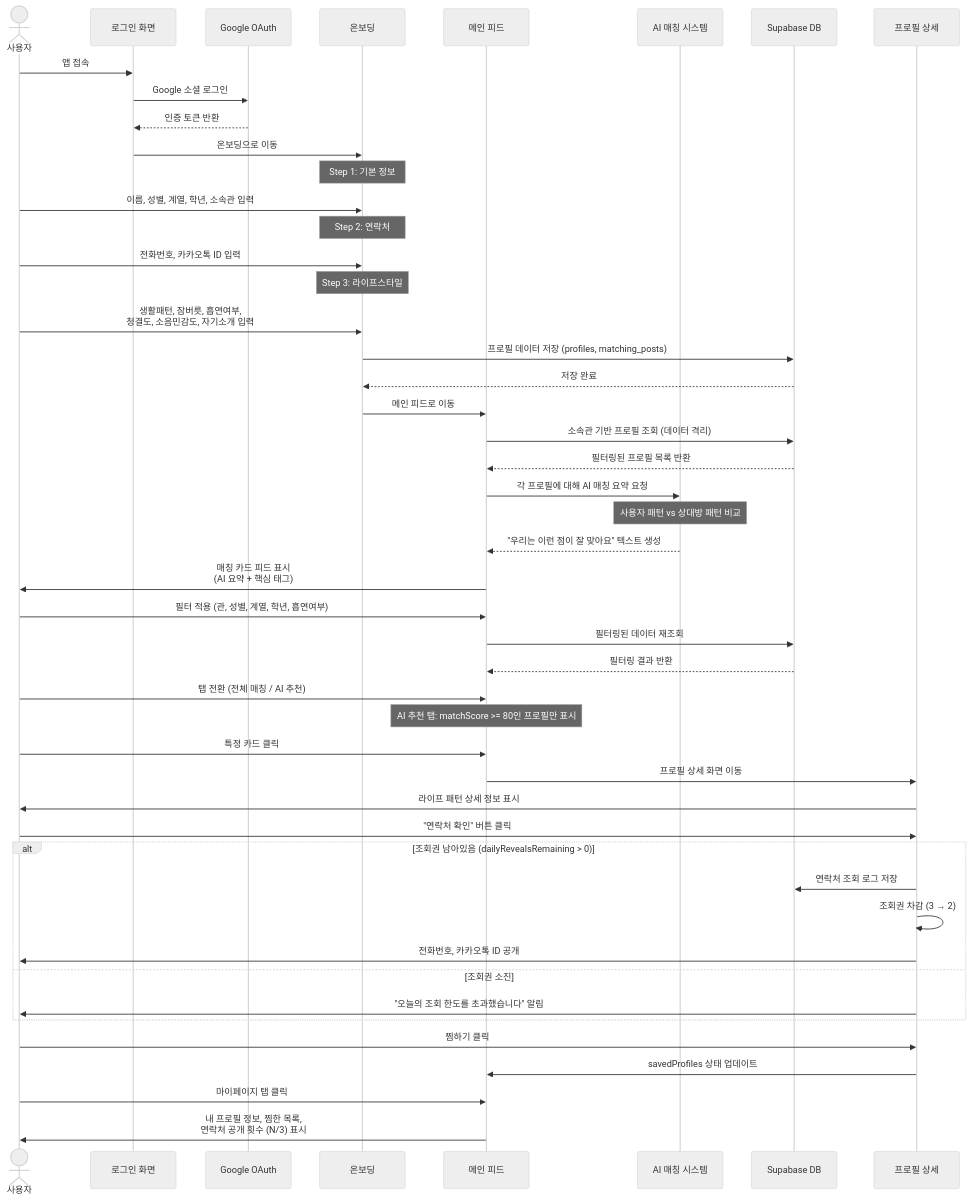
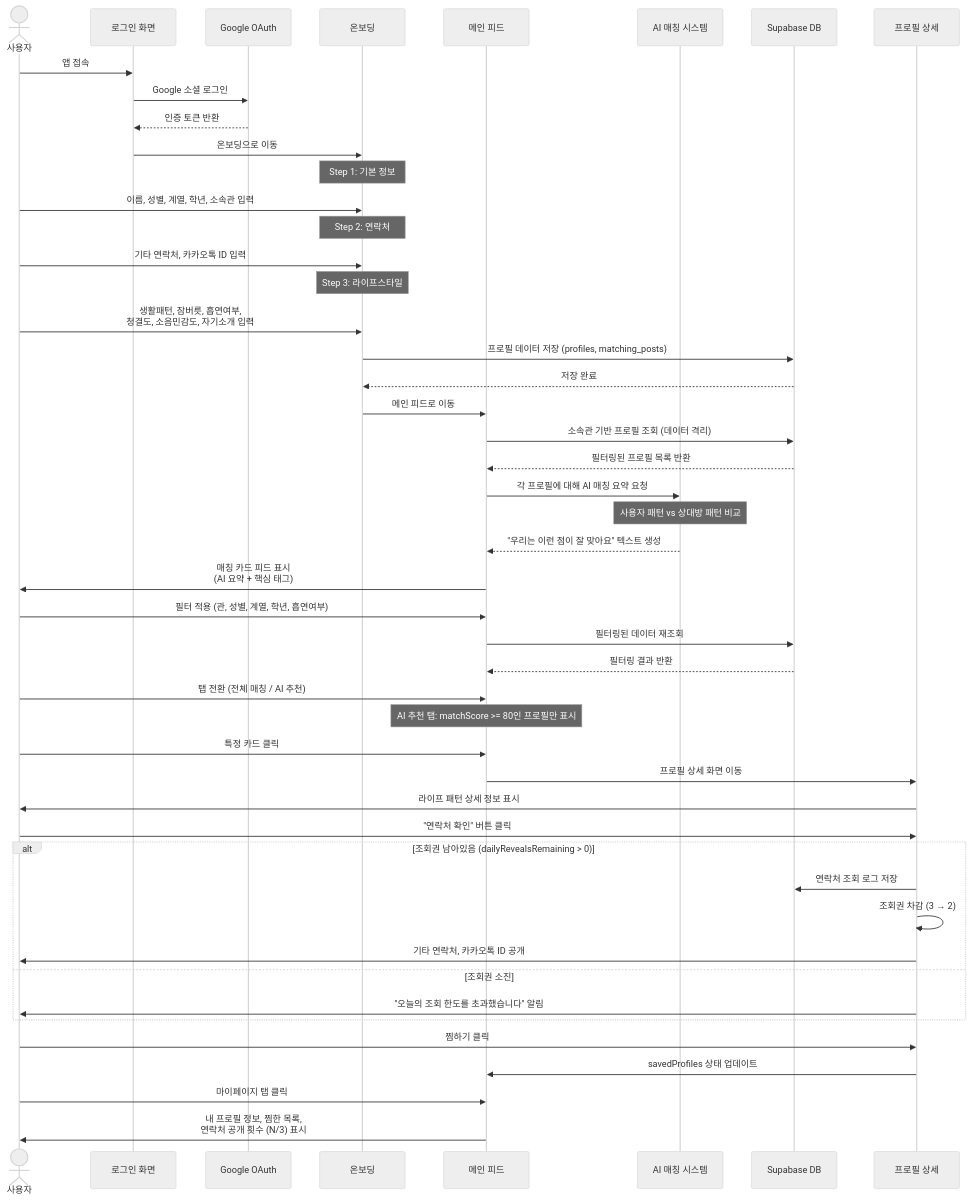
The first of 3 diagrams in docs/FLOW.md (yxxndxxn/matching-me), drawn with Mermaid (neutral theme) before and after one commit. The commit also changed other lines of this file and 176 other files, not shown here.

````diff
--- a/docs/FLOW.md
+++ b/docs/FLOW.md
@@ -5,70 +5,70 @@
 ```mermaid
 sequenceDiagram
     actor User as 사용자
     participant Login as 로그인 화면
     participant Auth as Google OAuth
     participant Onboarding as 온보딩
     participant Main as 메인 피드
     participant AI as AI 매칭 시스템
     participant DB as Supabase DB
     participant Detail as 프로필 상세
 
     %% 로그인 플로우
     User->>Login: 앱 접속
     Login->>Auth: Google 소셜 로그인
     Auth-->>Login: 인증 토큰 반환
     Login->>Onboarding: 온보딩으로 이동
 
     %% 온보딩 플로우 (3단계)
     Note over Onboarding: Step 1: 기본 정보
     User->>Onboarding: 이름, 성별, 계열, 학년, 소속관 입력
     Note over Onboarding: Step 2: 연락처
-    User->>Onboarding: 전화번호, 카카오톡 ID 입력
+    User->>Onboarding: 기타 연락처, 카카오톡 ID 입력
     Note over Onboarding: Step 3: 라이프스타일
     User->>Onboarding: 생활패턴, 잠버릇, 흡연여부,<br/>청결도, 소음민감도, 자기소개 입력
 
     Onboarding->>DB: 프로필 데이터 저장 (profiles, matching_posts)
     DB-->>Onboarding: 저장 완료
     Onboarding->>Main: 메인 피드로 이동
 
     %% 메인 피드 플로우
     Main->>DB: 소속관 기반 프로필 조회 (데이터 격리)
     DB-->>Main: 필터링된 프로필 목록 반환
 
     Main->>AI: 각 프로필에 대해 AI 매칭 요약 요청
     Note over AI: 사용자 패턴 vs 상대방 패턴 비교
     AI-->>Main: "우리는 이런 점이 잘 맞아요" 텍스트 생성
 
     Main->>User: 매칭 카드 피드 표시<br/>(AI 요약 + 핵심 태그)
 
     %% 필터링 및 탭 전환
     User->>Main: 필터 적용 (관, 성별, 계열, 학년, 흡연여부)
     Main->>DB: 필터링된 데이터 재조회
     DB-->>Main: 필터링 결과 반환
 
     User->>Main: 탭 전환 (전체 매칭 / AI 추천)
     Note over Main: AI 추천 탭: matchScore >= 80인 프로필만 표시
 
     %% 프로필 상세 및 연락처 조회
     User->>Main: 특정 카드 클릭
     Main->>Detail: 프로필 상세 화면 이동
     Detail->>User: 라이프 패턴 상세 정보 표시
 
     User->>Detail: "연락처 확인" 버튼 클릭
 
     alt 조회권 남아있음 (dailyRevealsRemaining > 0)
         Detail->>DB: 연락처 조회 로그 저장
         Detail->>Detail: 조회권 차감 (3 → 2)
-        Detail->>User: 전화번호, 카카오톡 ID 공개
+        Detail->>User: 기타 연락처, 카카오톡 ID 공개
     else 조회권 소진
         Detail->>User: "오늘의 조회 한도를 초과했습니다" 알림
     end
 
     %% 찜하기 기능
     User->>Detail: 찜하기 클릭
     Detail->>Main: savedProfiles 상태 업데이트
 
     %% 마이페이지
     User->>Main: 마이페이지 탭 클릭
     Main->>User: 내 프로필 정보, 찜한 목록,<br/>연락처 공개 횟수 (N/3) 표시
 ```
````
